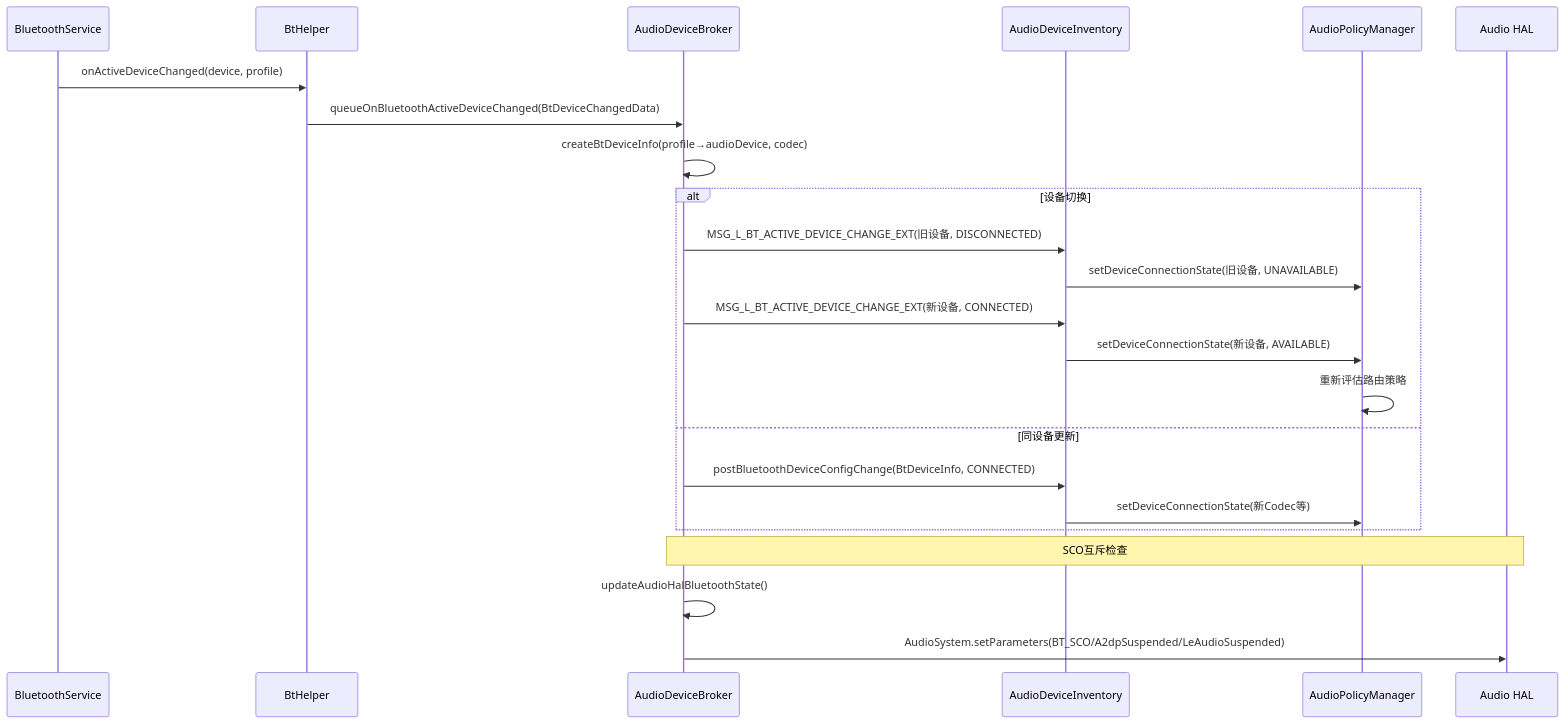
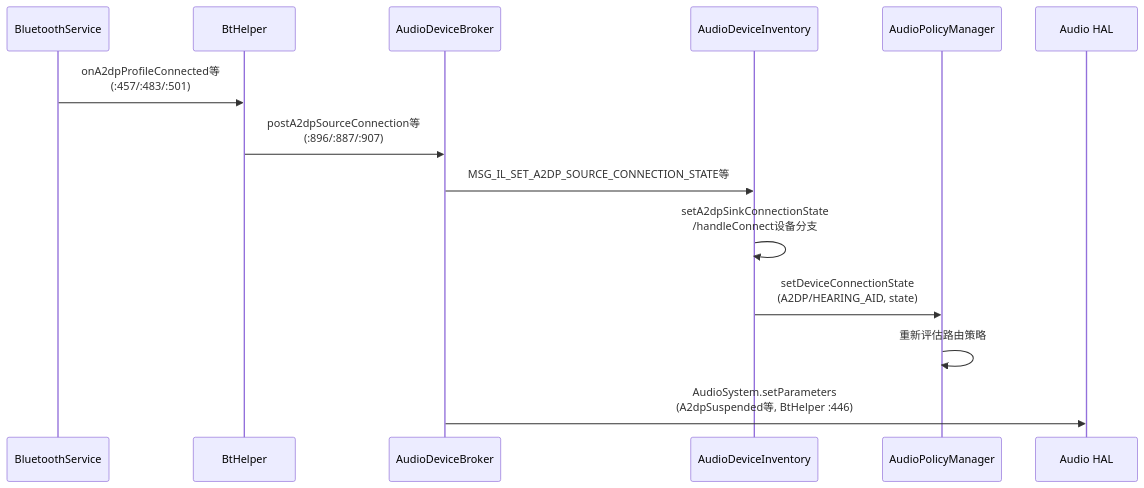
Before and after one commit to yanglinzhen1022/SA8295_AAOS_QNX_Audio_KnowledgeBase: the third of 3 diagrams in 14_Bluetooth_Audio/14_14.6_蓝牙音频设备与AudioDeviceBroker交互.md, drawn with Mermaid. The commit also changed other lines of this file and 11 other files, not shown here.

````diff
--- a/14_Bluetooth_Audio/14_14.6_蓝牙音频设备与AudioDeviceBroker交互.md
+++ b/14_Bluetooth_Audio/14_14.6_蓝牙音频设备与AudioDeviceBroker交互.md
@@ -411,28 +148,17 @@
 ```mermaid
 sequenceDiagram
     participant BT as BluetoothService
     participant BTH as BtHelper
     participant ADB as AudioDeviceBroker
     participant ADI as AudioDeviceInventory
     participant APM as AudioPolicyManager
     participant HAL as Audio HAL
 
-    BT->>BTH: onActiveDeviceChanged(device, profile)
-    BTH->>ADB: queueOnBluetoothActiveDeviceChanged(BtDeviceChangedData)
-    ADB->>ADB: createBtDeviceInfo(profile→audioDevice, codec)
-
-    alt 设备切换
-        ADB->>ADI: MSG_L_BT_ACTIVE_DEVICE_CHANGE_EXT(旧设备, DISCONNECTED)
-        ADI->>APM: setDeviceConnectionState(旧设备, UNAVAILABLE)
-        ADB->>ADI: MSG_L_BT_ACTIVE_DEVICE_CHANGE_EXT(新设备, CONNECTED)
-        ADI->>APM: setDeviceConnectionState(新设备, AVAILABLE)
-        APM->>APM: 重新评估路由策略
-    else 同设备更新
-        ADB->>ADI: postBluetoothDeviceConfigChange(BtDeviceInfo, CONNECTED)
-        ADI->>APM: setDeviceConnectionState(新Codec等)
-    end
-
-    Note over ADB,HAL: SCO互斥检查
-    ADB->>ADB: updateAudioHalBluetoothState()
-    ADB->>HAL: AudioSystem.setParameters(BT_SCO/A2dpSuspended/LeAudioSuspended)
+    BT->>BTH: onA2dpProfileConnected等<br>(:457/:483/:501)
+    BTH->>ADB: postA2dpSourceConnection等<br>(:896/:887/:907)
+    ADB->>ADI: MSG_IL_SET_A2DP_SOURCE_CONNECTION_STATE等
+    ADI->>ADI: setA2dpSinkConnectionState<br>/handleConnect设备分支
+    ADI->>APM: setDeviceConnectionState<br>(A2DP/HEARING_AID, state)
+    APM->>APM: 重新评估路由策略
+    ADB->>HAL: AudioSystem.setParameters<br>(A2dpSuspended等, BtHelper :446)
 ```
````
